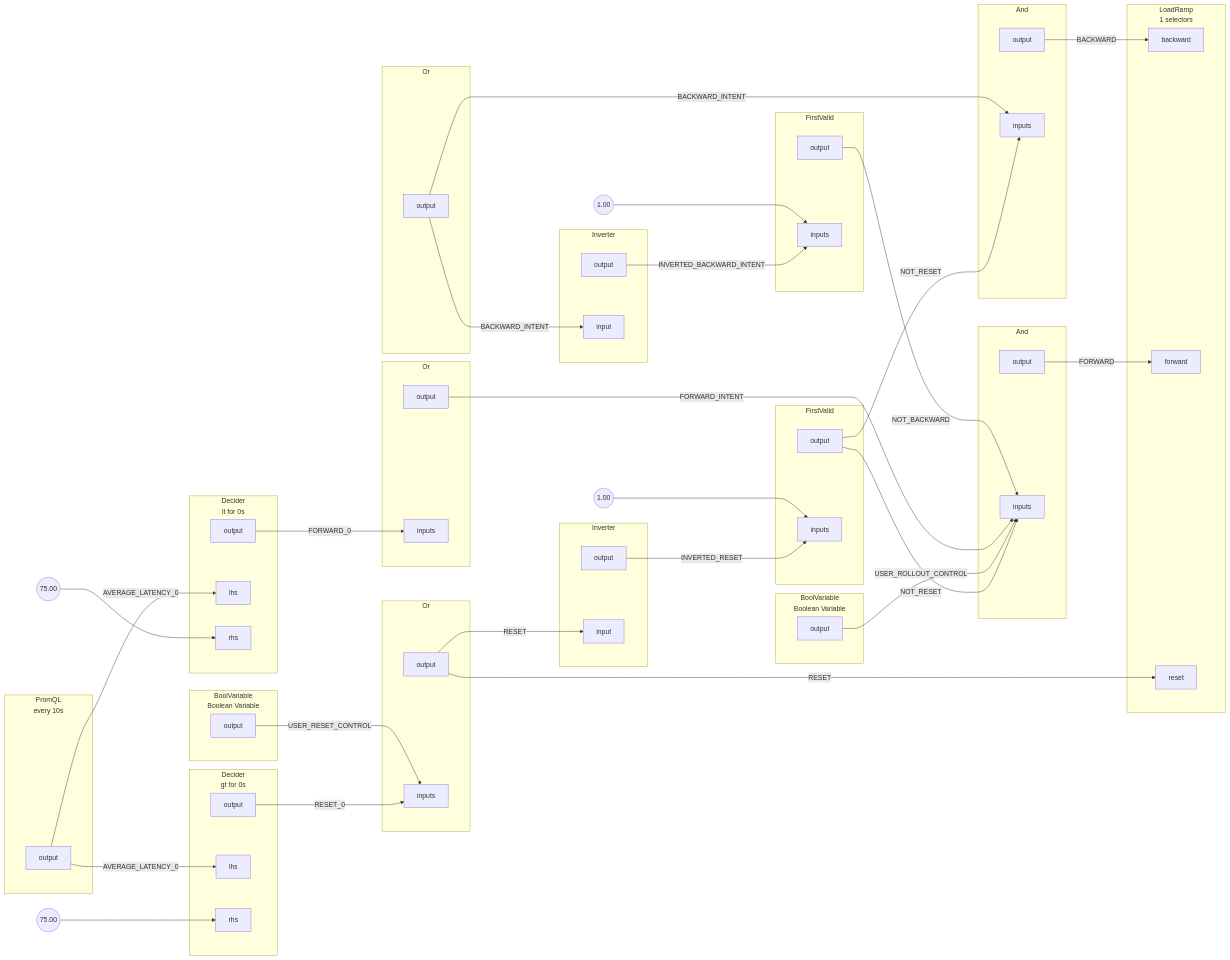
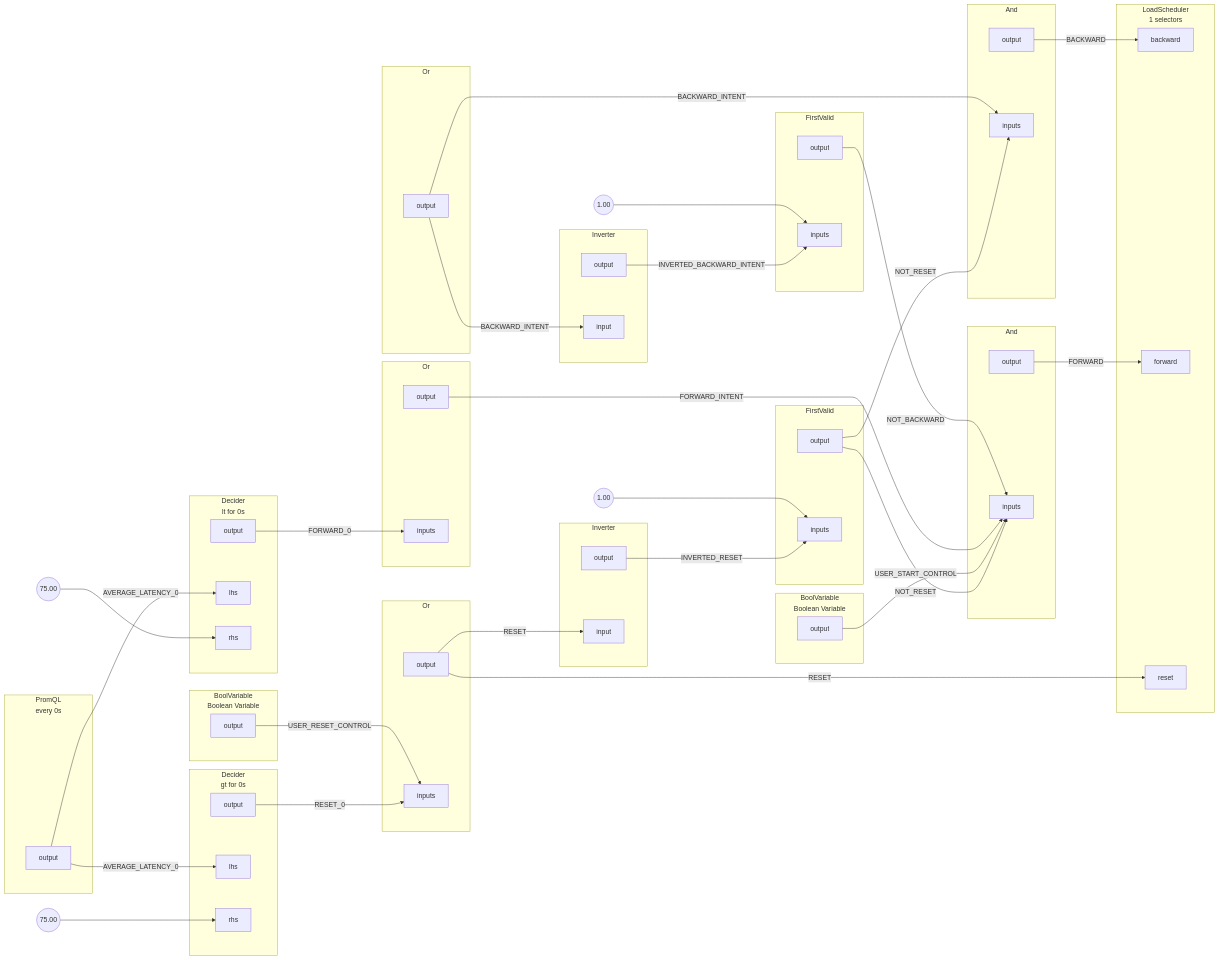
One commit to dataongunlaws/aperture changed the diagram in docs/content/use-cases/percentage-rollouts/assets/average-latency-feedback/graph.mmd. Above: the diagram before and after it, drawn with Mermaid. The commit also changed 11 other files, not shown here.

```diff
--- a/docs/content/use-cases/percentage-rollouts/assets/average-latency-feedback/graph.mmd
+++ b/docs/content/use-cases/percentage-rollouts/assets/average-latency-feedback/graph.mmd
@@ -1,168 +1,168 @@
 flowchart LR
-subgraph root.0[<center>PromQL<br/>every 10s</center>]
+subgraph root.0[<center>PromQL<br/>every 0s</center>]
 subgraph root.0_outports[ ]
 style root.0_outports fill:none,stroke:none
 root.0output[output]
 end
 end
 subgraph root.1[<center>Decider<br/>lt for 0s</center>]
 subgraph root.1_inports[ ]
 style root.1_inports fill:none,stroke:none
 root.1lhs[lhs]
 root.1rhs[rhs]
 end
 subgraph root.1_outports[ ]
 style root.1_outports fill:none,stroke:none
 root.1output[output]
 end
 end
 subgraph root.10[Inverter]
 subgraph root.10_inports[ ]
 style root.10_inports fill:none,stroke:none
 root.10input[input]
 end
 subgraph root.10_outports[ ]
 style root.10_outports fill:none,stroke:none
 root.10output[output]
 end
 end
 subgraph root.11[FirstValid]
 subgraph root.11_inports[ ]
 style root.11_inports fill:none,stroke:none
 root.11inputs[inputs]
 root.11inputs[inputs]
 end
 subgraph root.11_outports[ ]
 style root.11_outports fill:none,stroke:none
 root.11output[output]
 end
 end
 root.11_inputs_FakeConstantout((1.00))
 subgraph root.12[And]
 subgraph root.12_inports[ ]
 style root.12_inports fill:none,stroke:none
 root.12inputs[inputs]
 root.12inputs[inputs]
 root.12inputs[inputs]
 root.12inputs[inputs]
 end
 subgraph root.12_outports[ ]
 style root.12_outports fill:none,stroke:none
 root.12output[output]
 end
 end
 subgraph root.13[And]
 subgraph root.13_inports[ ]
 style root.13_inports fill:none,stroke:none
 root.13inputs[inputs]
 root.13inputs[inputs]
 end
 subgraph root.13_outports[ ]
 style root.13_outports fill:none,stroke:none
 root.13output[output]
 end
 end
-subgraph root.14[<center>LoadRamp<br/>1 selectors</center>]
+subgraph root.14[<center>LoadScheduler<br/>1 selectors</center>]
 subgraph root.14_inports[ ]
 style root.14_inports fill:none,stroke:none
 root.14backward[backward]
 root.14forward[forward]
 root.14reset[reset]
 end
 end
 root.1_rhs_FakeConstantout((75.00))
 subgraph root.2[<center>Decider<br/>gt for 0s</center>]
 subgraph root.2_inports[ ]
 style root.2_inports fill:none,stroke:none
 root.2lhs[lhs]
 root.2rhs[rhs]
 end
 subgraph root.2_outports[ ]
 style root.2_outports fill:none,stroke:none
 root.2output[output]
 end
 end
 root.2_rhs_FakeConstantout((75.00))
 subgraph root.3[<center>BoolVariable<br/>Boolean Variable</center>]
 subgraph root.3_outports[ ]
 style root.3_outports fill:none,stroke:none
 root.3output[output]
 end
 end
 subgraph root.4[<center>BoolVariable<br/>Boolean Variable</center>]
 subgraph root.4_outports[ ]
 style root.4_outports fill:none,stroke:none
 root.4output[output]
 end
 end
 subgraph root.5[Or]
 subgraph root.5_outports[ ]
 style root.5_outports fill:none,stroke:none
 root.5output[output]
 end
 end
 subgraph root.6[Or]
 subgraph root.6_inports[ ]
 style root.6_inports fill:none,stroke:none
 root.6inputs[inputs]
 root.6inputs[inputs]
 end
 subgraph root.6_outports[ ]
 style root.6_outports fill:none,stroke:none
 root.6output[output]
 end
 end
 subgraph root.7[Or]
 subgraph root.7_inports[ ]
 style root.7_inports fill:none,stroke:none
 root.7inputs[inputs]
 end
 subgraph root.7_outports[ ]
 style root.7_outports fill:none,stroke:none
 root.7output[output]
 end
 end
 subgraph root.8[Inverter]
 subgraph root.8_inports[ ]
 style root.8_inports fill:none,stroke:none
 root.8input[input]
 end
 subgraph root.8_outports[ ]
 style root.8_outports fill:none,stroke:none
 root.8output[output]
 end
 end
 subgraph root.9[FirstValid]
 subgraph root.9_inports[ ]
 style root.9_inports fill:none,stroke:none
 root.9inputs[inputs]
 root.9inputs[inputs]
 end
 subgraph root.9_outports[ ]
 style root.9_outports fill:none,stroke:none
 root.9output[output]
 end
 end
 root.9_inputs_FakeConstantout((1.00))
 root.0output --> |AVERAGE_LATENCY_0| root.1lhs
 root.0output --> |AVERAGE_LATENCY_0| root.2lhs
 root.10output --> |INVERTED_RESET| root.11inputs
 root.11_inputs_FakeConstantout --> root.11inputs
 root.11output --> |NOT_RESET| root.12inputs
 root.11output --> |NOT_RESET| root.13inputs
 root.12output --> |FORWARD| root.14forward
 root.13output --> |BACKWARD| root.14backward
 root.1output --> |FORWARD_0| root.7inputs
 root.1_rhs_FakeConstantout --> root.1rhs
 root.2output --> |RESET_0| root.6inputs
 root.2_rhs_FakeConstantout --> root.2rhs
-root.3output --> |USER_ROLLOUT_CONTROL| root.12inputs
+root.3output --> |USER_START_CONTROL| root.12inputs
 root.4output --> |USER_RESET_CONTROL| root.6inputs
 root.5output --> |BACKWARD_INTENT| root.13inputs
 root.5output --> |BACKWARD_INTENT| root.8input
 root.6output --> |RESET| root.10input
 root.6output --> |RESET| root.14reset
 root.7output --> |FORWARD_INTENT| root.12inputs
 root.8output --> |INVERTED_BACKWARD_INTENT| root.9inputs
 root.9_inputs_FakeConstantout --> root.9inputs
 root.9output --> |NOT_BACKWARD| root.12inputs
```
